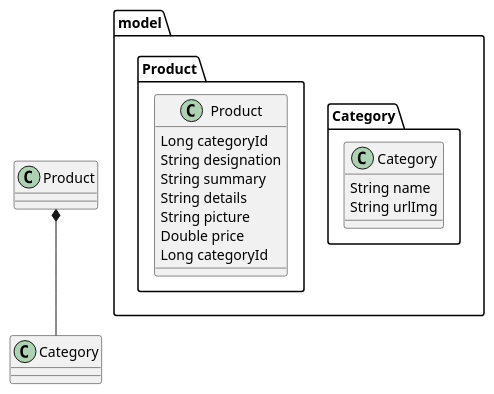
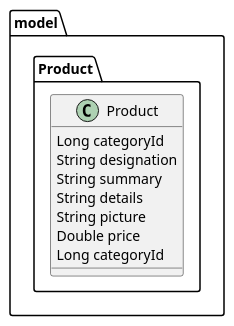
The diagram in puml/showcase/product.puml (seedstack/website), drawn with PlantUML before and after one commit. The commit also changed 42 other files, not shown here.

```diff
--- a/puml/showcase/product.puml
+++ b/puml/showcase/product.puml
@@ -1,27 +1,17 @@
 @startuml
-
-package model.Category {
-
-    class Category {
-      String name
-      String urlImg
-    }
-
-}
 
 package model.Product {
 
     class Product {
       Long categoryId
       String designation
       String summary
       String details
       String picture
       Double price
       Long categoryId
     }
 
 }
-Product *-- Category
 
 @enduml
```
